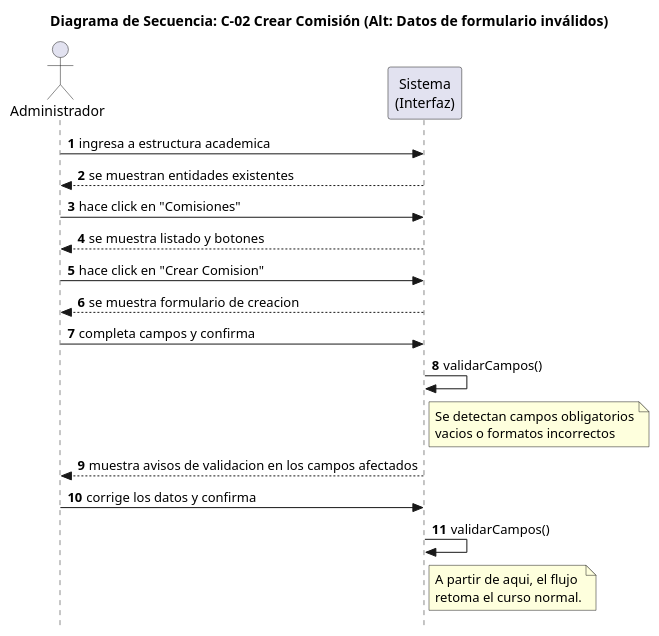
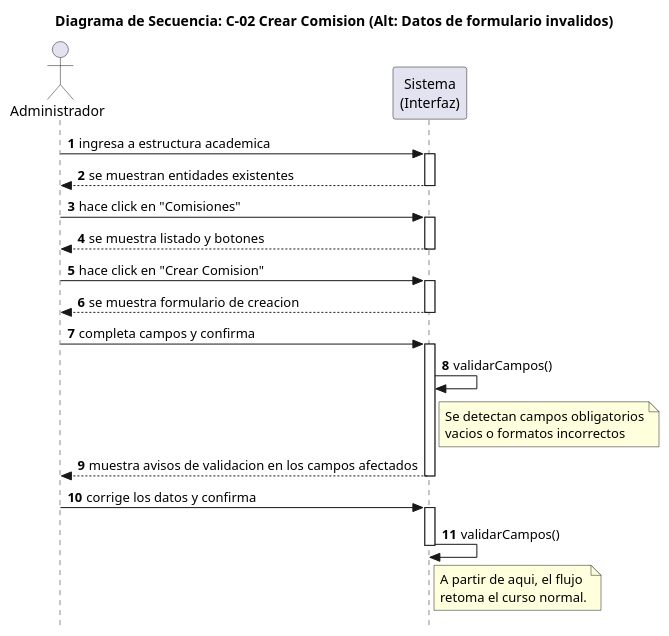
One commit to SantiagoScetti/sic-unne-admin changed the diagram in docs/puml/C-02 Crear Comisión (Datos de formulario inválidos).puml. Above: the diagram before and after it, drawn with PlantUML. The commit also changed 5 other files, not shown here.

Commit message:
docs: refinamiento de PlantUML DS

```diff
--- a/docs/puml/C-02 Crear Comisión (Datos de formulario inválidos).puml
+++ b/docs/puml/C-02 Crear Comisión (Datos de formulario inválidos).puml
@@ -1,34 +1,55 @@
 @startuml
-title Diagrama de Secuencia: C-02 Crear Comisión (Alt: Datos de formulario inválidos)
+
+title Diagrama de Secuencia: C-02 Crear Comision (Alt: Datos de formulario invalidos)
+
 skinparam style strictuml
+skinparam ParticipantPadding 40
+skinparam BoxPadding 20
+
 autonumber
 
 actor Administrador
+
 participant "Sistema\n(Interfaz)" as Interfaz
 
 Administrador -> Interfaz: ingresa a estructura academica
+activate Interfaz
 Interfaz --> Administrador: se muestran entidades existentes
+deactivate Interfaz
 
 Administrador -> Interfaz: hace click en "Comisiones"
+activate Interfaz
 Interfaz --> Administrador: se muestra listado y botones
+deactivate Interfaz
 
 Administrador -> Interfaz: hace click en "Crear Comision"
+activate Interfaz
 Interfaz --> Administrador: se muestra formulario de creacion
+deactivate Interfaz
 
 Administrador -> Interfaz: completa campos y confirma
+activate Interfaz
+
 Interfaz -> Interfaz: validarCampos()
 
 note right of Interfaz
   Se detectan campos obligatorios
   vacios o formatos incorrectos
 end note
 
 Interfaz --> Administrador: muestra avisos de validacion en los campos afectados
+deactivate Interfaz
+
 Administrador -> Interfaz: corrige los datos y confirma
+activate Interfaz
+
 Interfaz -> Interfaz: validarCampos()
 
 note right of Interfaz
   A partir de aqui, el flujo
   retoma el curso normal.
 end note
+
+deactivate Interfaz
+
 @enduml
```
